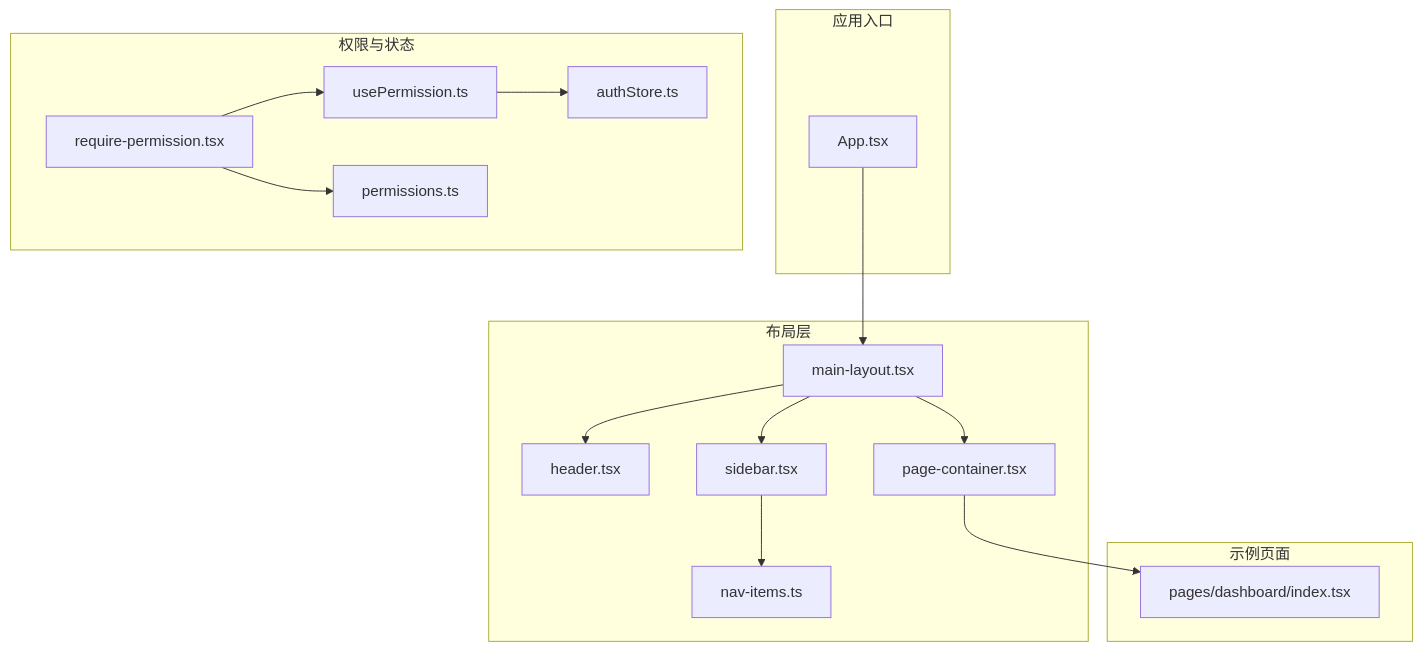
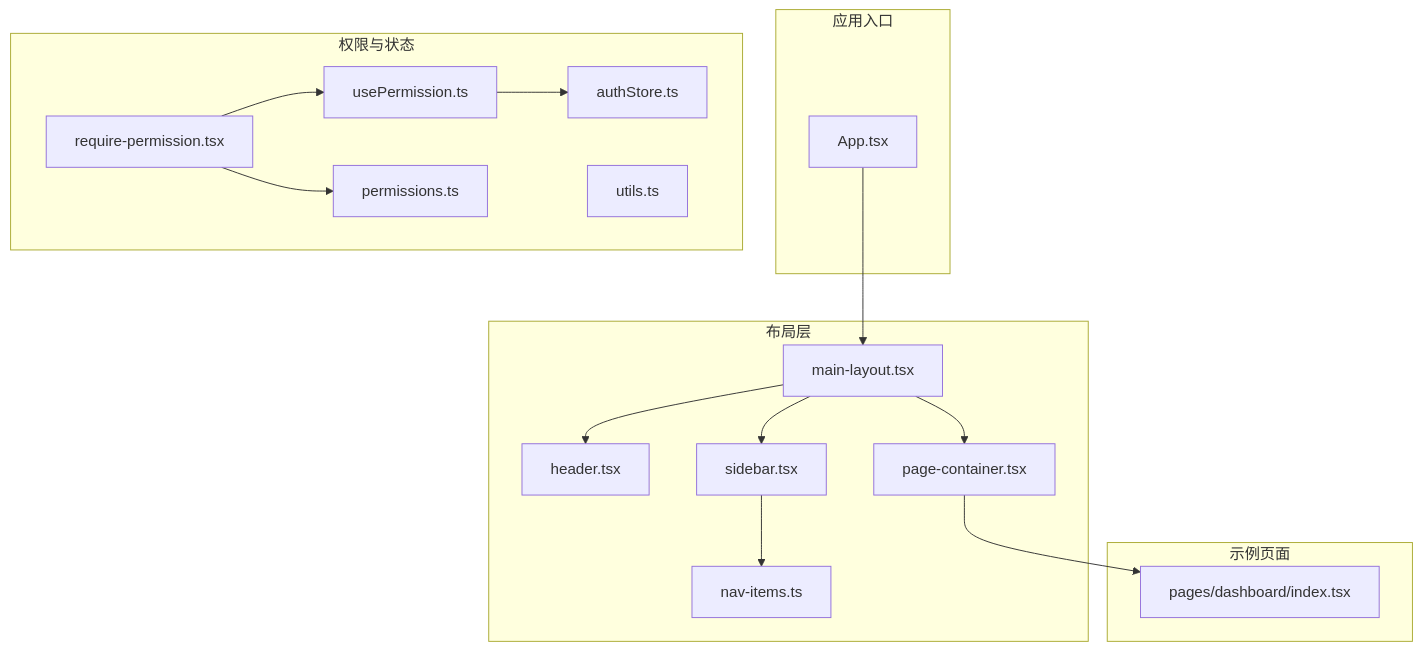
Before and after one commit to Damao997/newproject: the first of 4 diagrams in .qoder/repowiki/zh/content/架构设计/组件架构/布局组件.md, drawn with Mermaid. The commit also changed other lines of this file and 10 other files, not shown here.

````diff
--- a/.qoder/repowiki/zh/content/架构设计/组件架构/布局组件.md
+++ b/.qoder/repowiki/zh/content/架构设计/组件架构/布局组件.md
@@ -47,31 +49,32 @@
 ```mermaid
 graph TB
 subgraph "应用入口"
 APP["App.tsx"]
 end
 subgraph "布局层"
 MAIN["main-layout.tsx"]
 HEADER["header.tsx"]
 SIDEBAR["sidebar.tsx"]
 PAGE["page-container.tsx"]
 NAV["nav-items.ts"]
 end
 subgraph "权限与状态"
 RP["require-permission.tsx"]
 UP["usePermission.ts"]
 AUTH["authStore.ts"]
 PERM["permissions.ts"]
+UTILS["utils.ts"]
 end
 subgraph "示例页面"
 DASH["pages/dashboard/index.tsx"]
 end
 APP --> MAIN
 MAIN --> HEADER
 MAIN --> SIDEBAR
 MAIN --> PAGE
 PAGE --> DASH
 RP --> UP
 UP --> AUTH
 RP --> PERM
 SIDEBAR --> NAV
 ```
````
